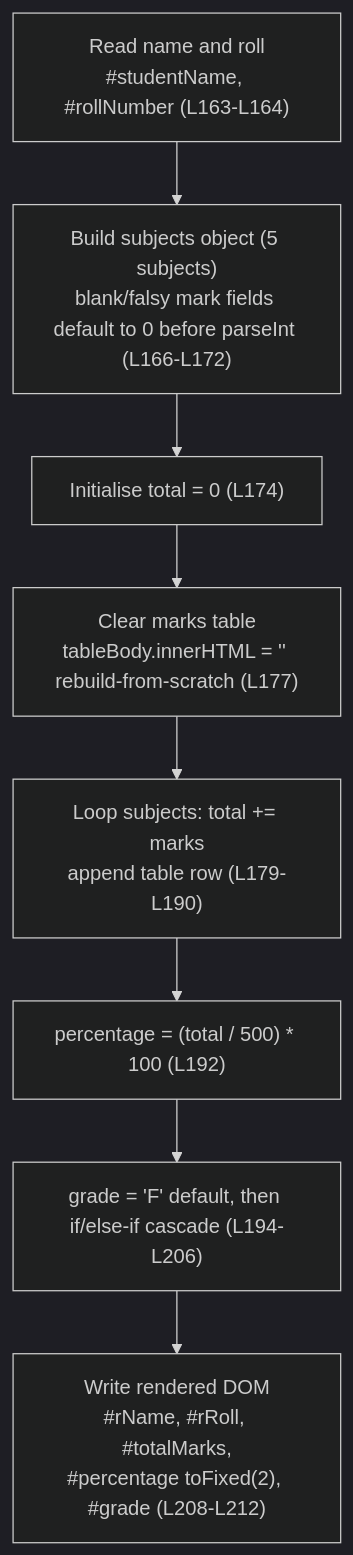
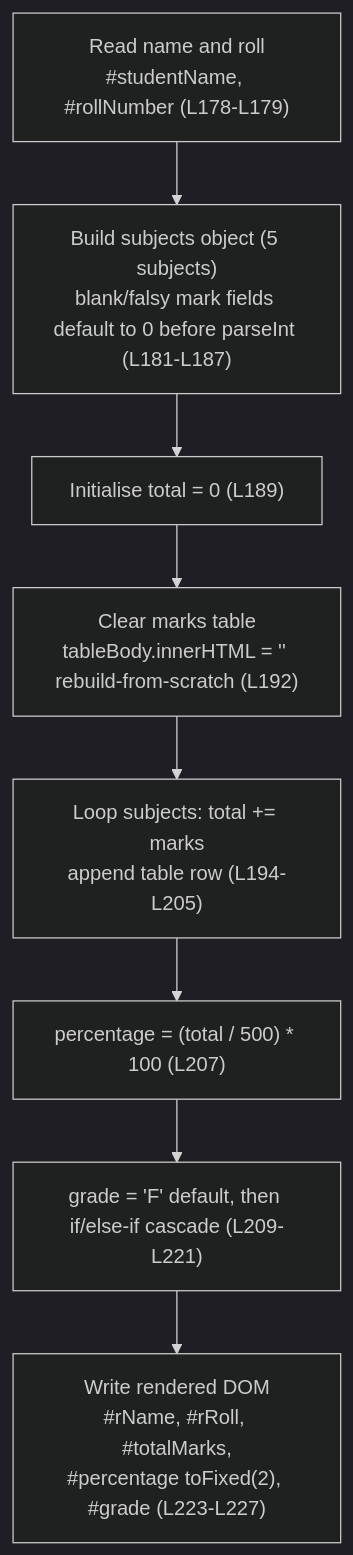
Before and after one commit to ajitblitzy/Student_Mngt_09-Jun-2026: the second of 3 diagrams in docs/architecture/data-flow.md, drawn with Mermaid (dark theme). The commit also changed other lines of this file and 17 other files, not shown here.

````diff
--- a/docs/architecture/data-flow.md
+++ b/docs/architecture/data-flow.md
@@ -97,12 +97,12 @@
 ```mermaid
 flowchart TD
-    A["Read name and roll<br/>#studentName, #rollNumber (L163-L164)"]
-    B["Build subjects object (5 subjects)<br/>blank/falsy mark fields default to 0 before parseInt (L166-L172)"]
-    C["Initialise total = 0 (L174)"]
-    D["Clear marks table<br/>tableBody.innerHTML = '' rebuild-from-scratch (L177)"]
-    E["Loop subjects: total += marks<br/>append table row (L179-L190)"]
-    F["percentage = (total / 500) * 100 (L192)"]
-    G["grade = 'F' default, then if/else-if cascade (L194-L206)"]
-    H["Write rendered DOM<br/>#rName, #rRoll, #totalMarks,<br/>#percentage toFixed(2), #grade (L208-L212)"]
+    A["Read name and roll<br/>#studentName, #rollNumber (L178-L179)"]
+    B["Build subjects object (5 subjects)<br/>blank/falsy mark fields default to 0 before parseInt (L181-L187)"]
+    C["Initialise total = 0 (L189)"]
+    D["Clear marks table<br/>tableBody.innerHTML = '' rebuild-from-scratch (L192)"]
+    E["Loop subjects: total += marks<br/>append table row (L194-L205)"]
+    F["percentage = (total / 500) * 100 (L207)"]
+    G["grade = 'F' default, then if/else-if cascade (L209-L221)"]
+    H["Write rendered DOM<br/>#rName, #rRoll, #totalMarks,<br/>#percentage toFixed(2), #grade (L223-L227)"]
     A --> B --> C --> D --> E --> F --> G --> H
 ```
````
